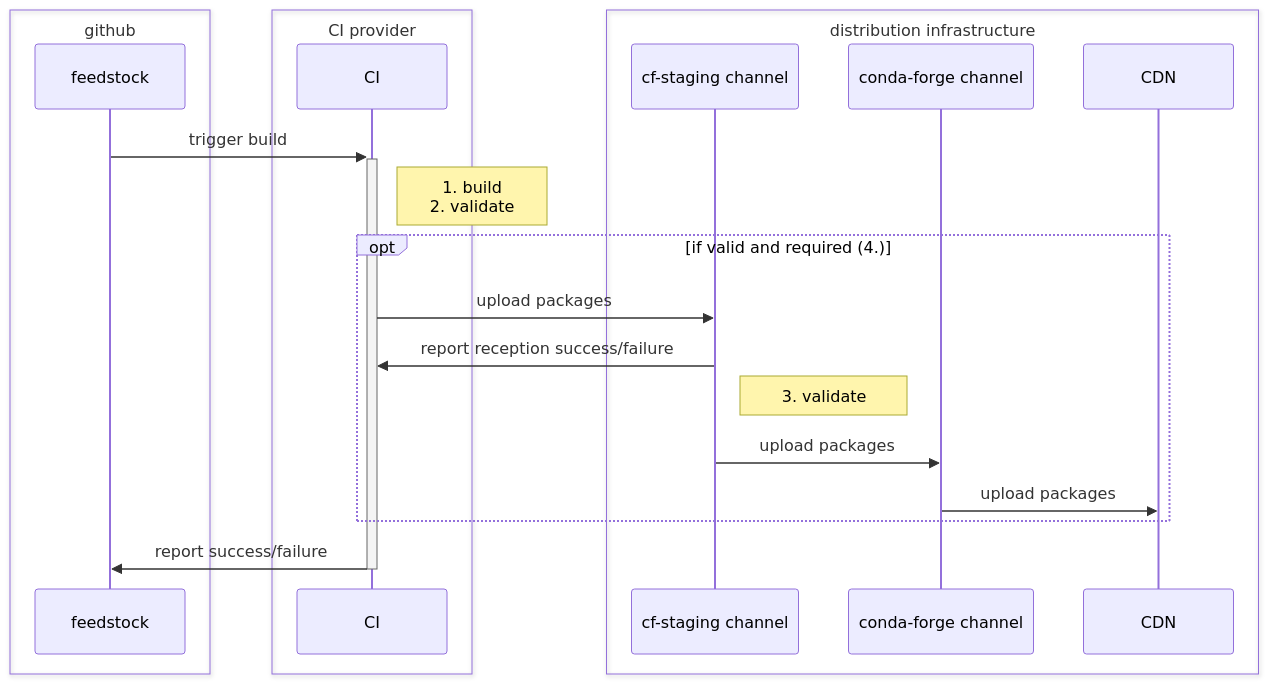
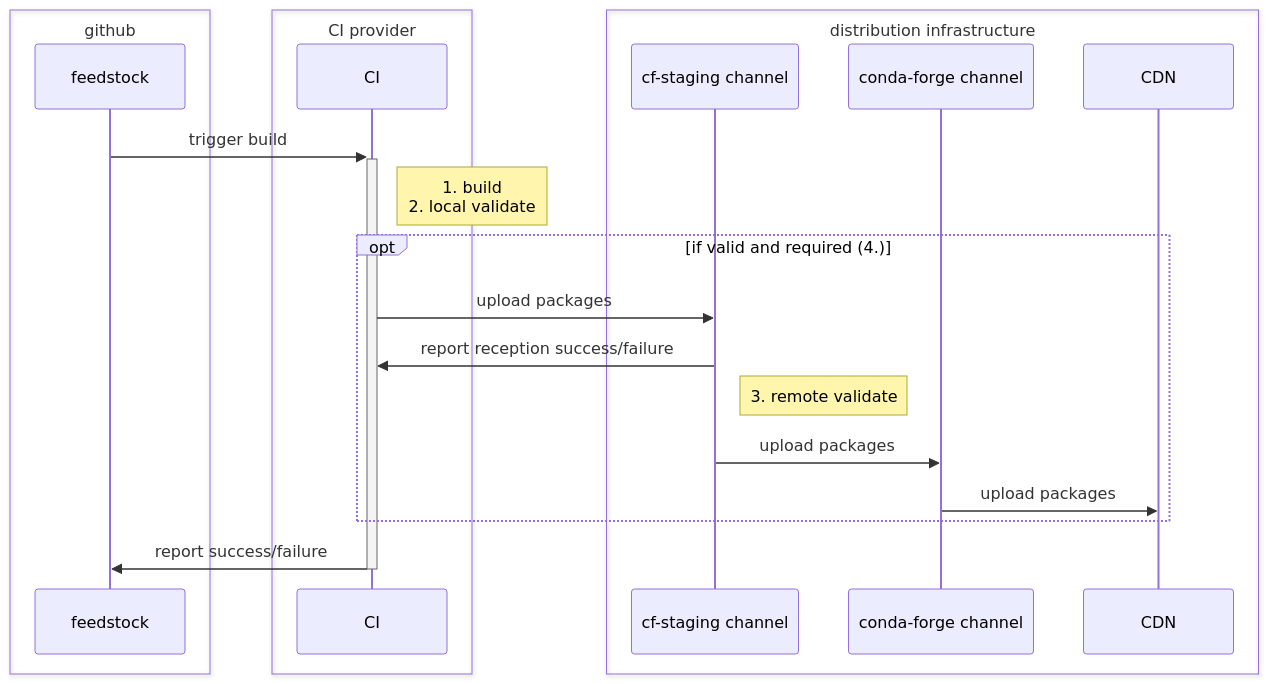
The first of 4 diagrams in docs/maintainer/understanding_conda_forge/feedstocks.md (conda-forge/conda-forge.github.io), drawn with Mermaid before and after one commit. The commit also changed other lines of this file, not shown here.

````diff
--- a/docs/maintainer/understanding_conda_forge/feedstocks.md
+++ b/docs/maintainer/understanding_conda_forge/feedstocks.md
@@ -15,24 +15,24 @@
 ```mermaid
 sequenceDiagram
     box github
     participant f as feedstock
     end
     box CI provider
     participant c as CI
     end
     box distribution infrastructure
     participant s as cf-staging channel
     participant cf as conda-forge channel
     participant cdn as CDN
     end
     f->>+c: trigger build
-    Note right of c: 1. build<br/>2. validate
+    Note right of c: 1. build<br/>2. local validate
     opt if valid and required (4.)
     c->>s: upload packages
     s->>c: report reception success/failure
-    Note right of s: 3. validate
+    Note right of s: 3. remote validate
     s->>cf: upload packages
     cf->>cdn: upload packages
     end
     c->>-f: report success/failure
 ```
````
